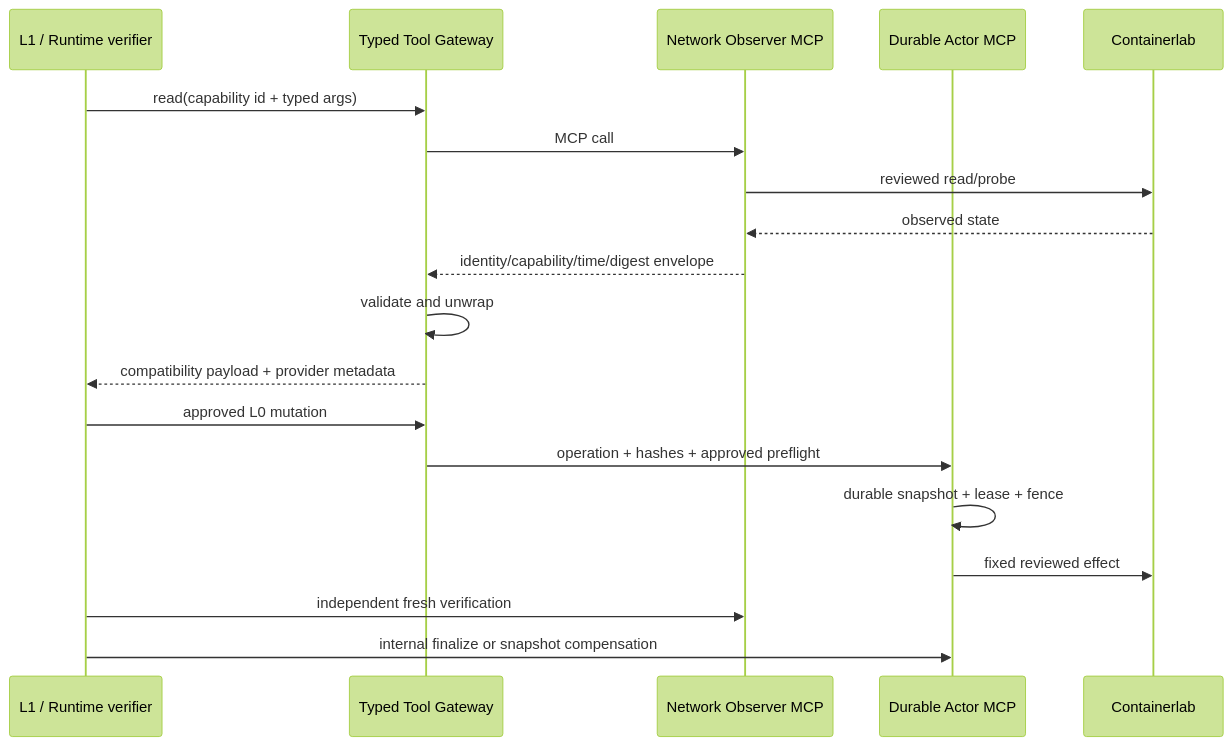
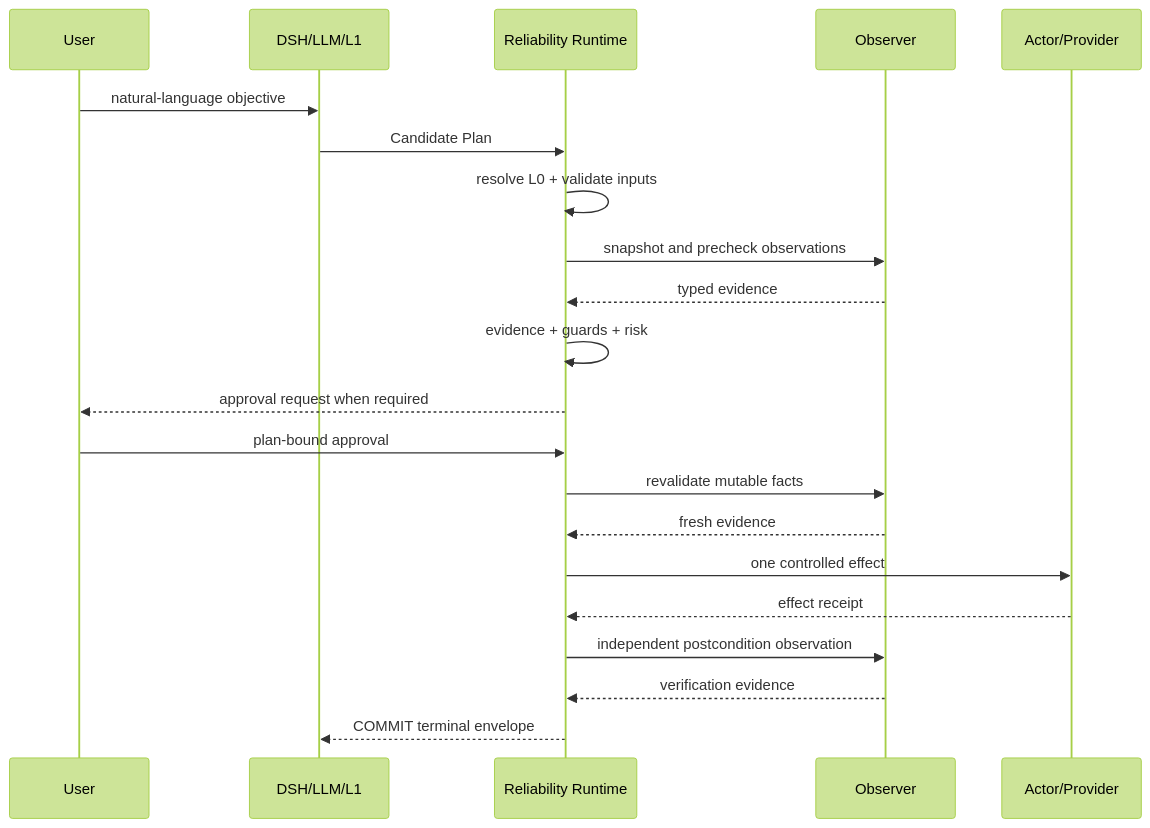
Before and after one commit to kevinyjk25/NetOpYuAgent: the second of 2 diagrams in HLD.md, drawn with Mermaid (forest theme). The commit also changed other lines of this file and 106 other files, not shown here.

````diff
--- a/HLD.md
+++ b/HLD.md
@@ -275,21 +59,24 @@
 ```mermaid
 sequenceDiagram
-    participant L as L1 / Runtime verifier
-    participant G as Typed Tool Gateway
-    participant O as Network Observer MCP
-    participant A as Durable Actor MCP
-    participant C as Containerlab
-    L->>G: read(capability id + typed args)
-    G->>O: MCP call
-    O->>C: reviewed read/probe
-    C-->>O: observed state
-    O-->>G: identity/capability/time/digest envelope
-    G->>G: validate and unwrap
-    G-->>L: compatibility payload + provider metadata
-    L->>G: approved L0 mutation
-    G->>A: operation + hashes + approved preflight
-    A->>A: durable snapshot + lease + fence
-    A->>C: fixed reviewed effect
-    L->>O: independent fresh verification
-    L->>A: internal finalize or snapshot compensation
+    participant U as User
+    participant A as DSH/LLM/L1
+    participant R as Reliability Runtime
+    participant O as Observer
+    participant P as Actor/Provider
+
+    U->>A: natural-language objective
+    A->>R: Candidate Plan
+    R->>R: resolve L0 + validate inputs
+    R->>O: snapshot and precheck observations
+    O-->>R: typed evidence
+    R->>R: evidence + guards + risk
+    R-->>U: approval request when required
+    U->>R: plan-bound approval
+    R->>O: revalidate mutable facts
+    O-->>R: fresh evidence
+    R->>P: one controlled effect
+    P-->>R: effect receipt
+    R->>O: independent postcondition observation
+    O-->>R: verification evidence
+    R-->>A: COMMIT terminal envelope
 ```
````
